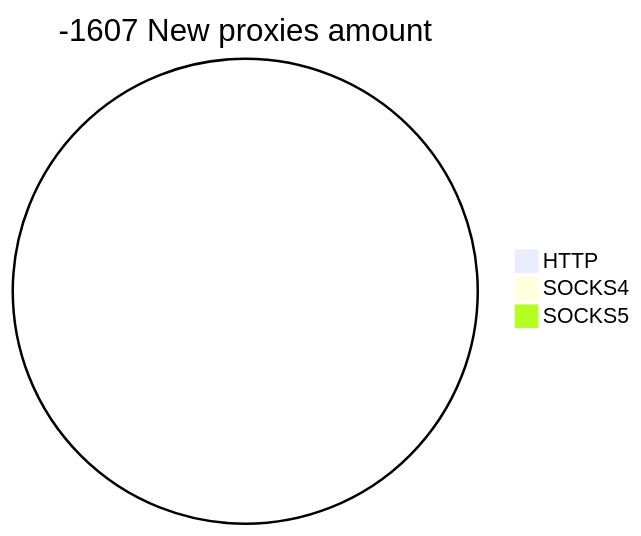
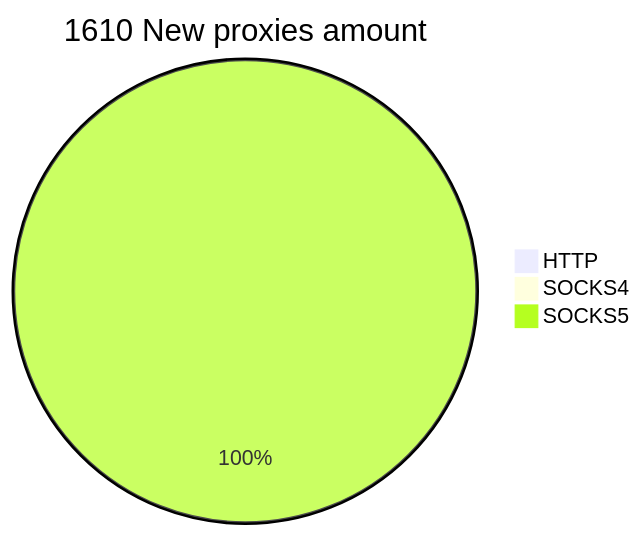
The second of 2 diagrams in README.md (cutipu/proxylist), drawn with Mermaid before and after one commit. The commit also changed other lines of this file, not shown here.

````diff
--- a/README.md
+++ b/README.md
@@ -10,6 +10,6 @@
 ```mermaid
-pie title -1607 New proxies amount
-    "HTTP" : 0
-    "SOCKS4" : 0
-    "SOCKS5" : 0
+pie title 1610 New proxies amount
+    "HTTP" : 1
+    "SOCKS4" : 3
+    "SOCKS5" : 1606
 ```
````
